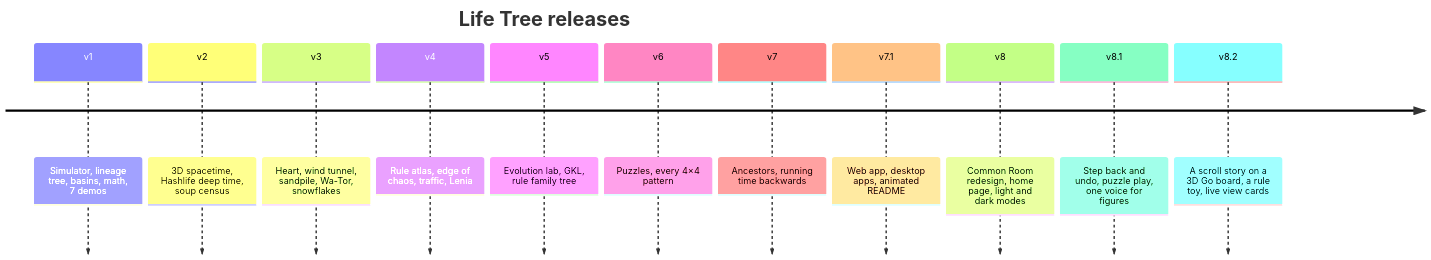
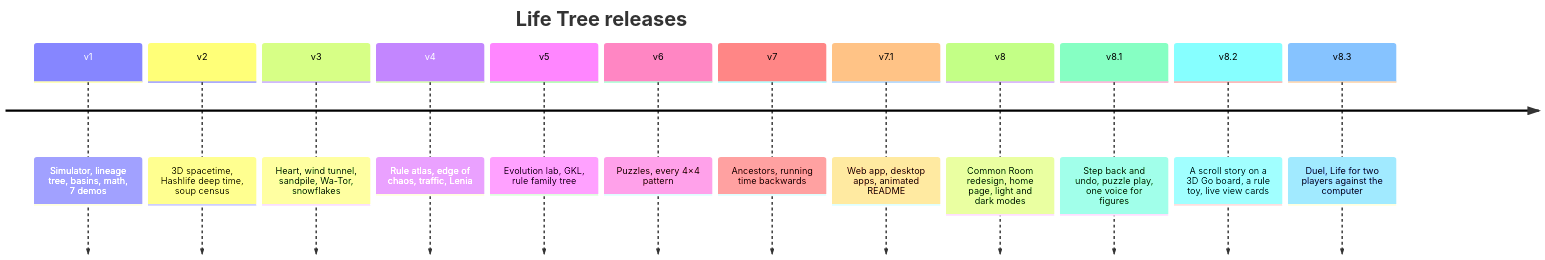
The second of 4 diagrams in README.md (Normansrule/game-of-life), drawn with Mermaid before and after one commit. The commit also changed other lines of this file and 14 other files, not shown here.

First line of the commit message:
Life Tree 8.3: Duel, Life for two players against the computer

````diff
--- a/README.md
+++ b/README.md
@@ -77,15 +78,16 @@
 ```mermaid
 timeline
   title Life Tree releases
   v1 : Simulator, lineage tree, basins, math, 7 demos
   v2 : 3D spacetime, Hashlife deep time, soup census
   v3 : Heart, wind tunnel, sandpile, Wa-Tor, snowflakes
   v4 : Rule atlas, edge of chaos, traffic, Lenia
   v5 : Evolution lab, GKL, rule family tree
   v6 : Puzzles, every 4×4 pattern
   v7 : Ancestors, running time backwards
   v7.1 : Web app, desktop apps, animated README
   v8 : Common Room redesign, home page, light and dark modes
   v8.1 : Step back and undo, puzzle play, one voice for figures
   v8.2 : A scroll story on a 3D Go board, a rule toy, live view cards
+  v8.3 : Duel, Life for two players against the computer
 ```
````
